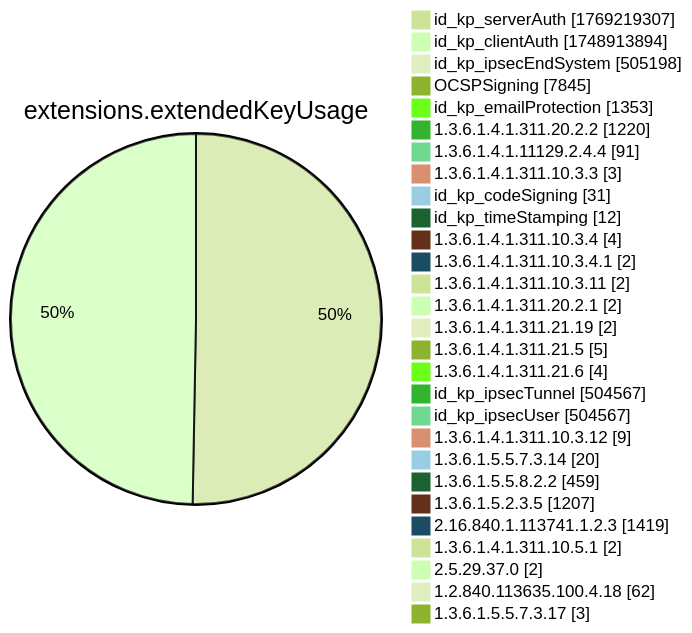
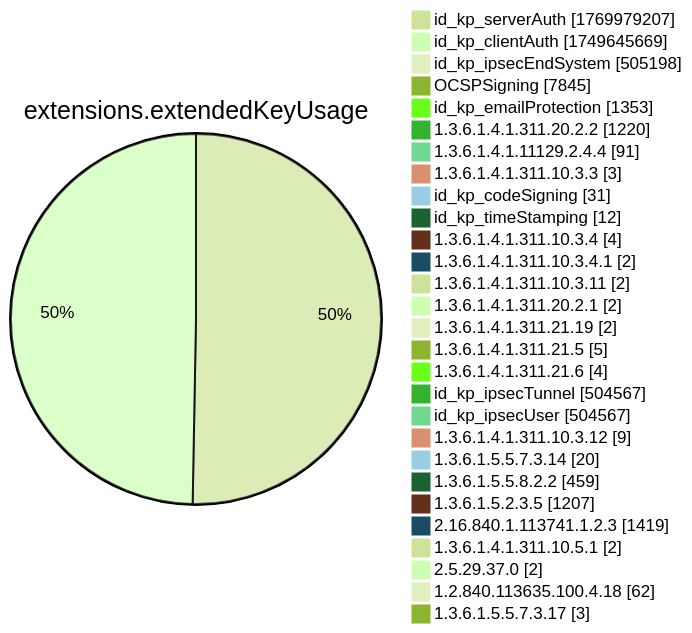
One commit to christiankrug/ctmonitor_visualization changed diagram 12 of 15 in xenon2022/README.md. Above: the diagram before and after it, drawn with Mermaid (forest theme). The commit also changed other lines of this file, not shown here.

````diff
--- a/xenon2022/README.md
+++ b/xenon2022/README.md
@@ -3893,32 +3893,32 @@
 ```mermaid
 pie showData
 title extensions.extendedKeyUsage
-"id_kp_serverAuth" :1769219307
-"id_kp_clientAuth" :1748913894
+"id_kp_serverAuth" :1769979207
+"id_kp_clientAuth" :1749645669
 "id_kp_ipsecEndSystem" :505198
 "OCSPSigning" :7845
 "id_kp_emailProtection" :1353
 "1.3.6.1.4.1.311.20.2.2" :1220
 "1.3.6.1.4.1.11129.2.4.4" :91
 "1.3.6.1.4.1.311.10.3.3" :3
 "id_kp_codeSigning" :31
 "id_kp_timeStamping" :12
 "1.3.6.1.4.1.311.10.3.4" :4
 "1.3.6.1.4.1.311.10.3.4.1" :2
 "1.3.6.1.4.1.311.10.3.11" :2
 "1.3.6.1.4.1.311.20.2.1" :2
 "1.3.6.1.4.1.311.21.19" :2
 "1.3.6.1.4.1.311.21.5" :5
 "1.3.6.1.4.1.311.21.6" :4
 "id_kp_ipsecTunnel" :504567
 "id_kp_ipsecUser" :504567
 "1.3.6.1.4.1.311.10.3.12" :9
 "1.3.6.1.5.5.7.3.14" :20
 "1.3.6.1.5.5.8.2.2" :459
 "1.3.6.1.5.2.3.5" :1207
 "2.16.840.1.113741.1.2.3" :1419
 "1.3.6.1.4.1.311.10.5.1" :2
 "2.5.29.37.0" :2
 "1.2.840.113635.100.4.18" :62
 "1.3.6.1.5.5.7.3.17" :3
 ```
````
